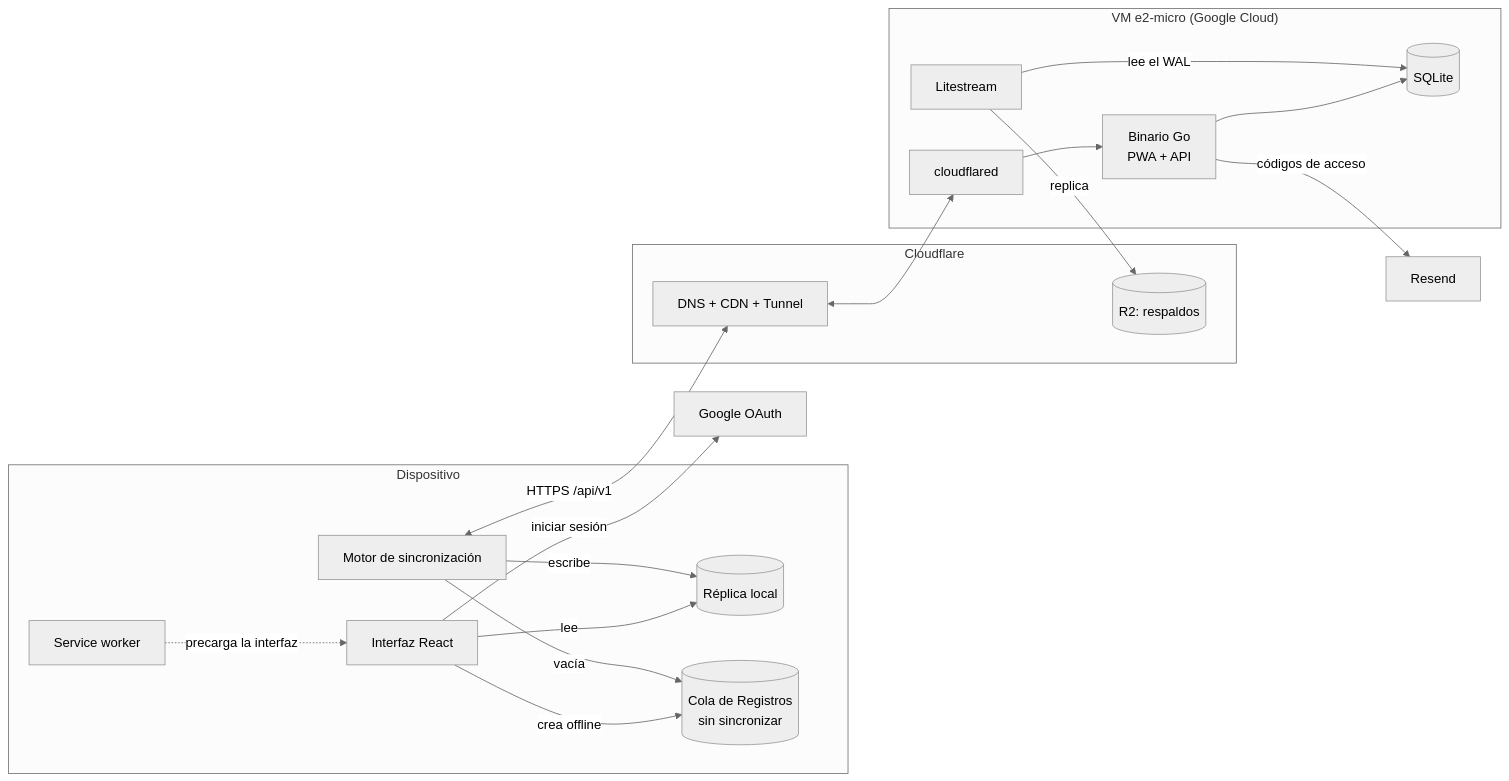
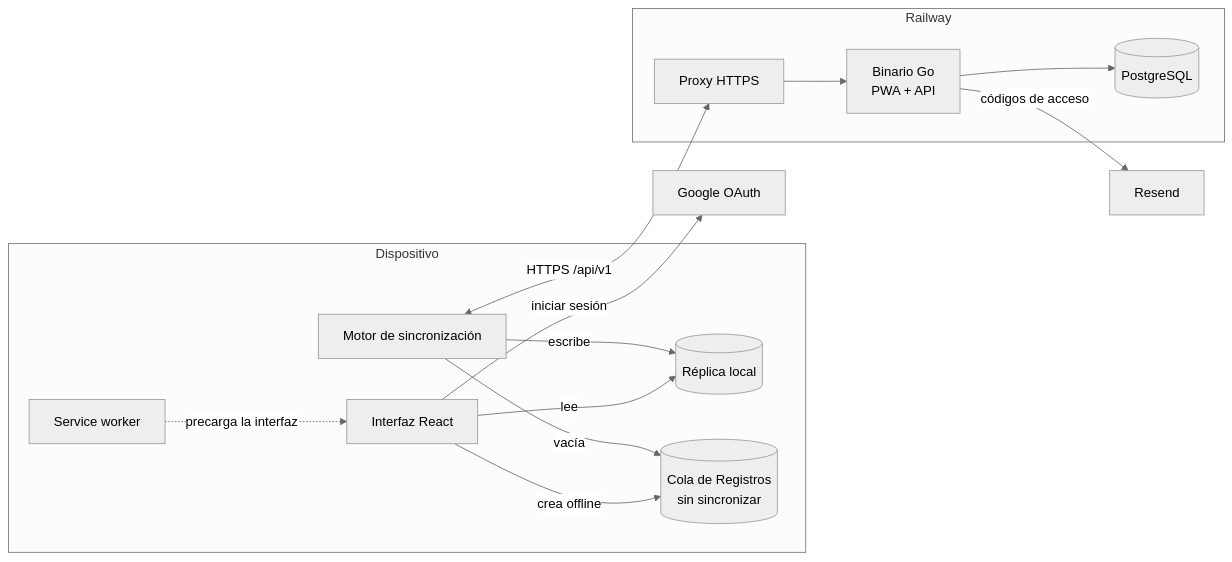
The first of 2 diagrams in docs/arquitectura.md (Aegisystem/Quitsie), drawn with Mermaid (neutral theme) before and after one commit. The commit also changed other lines of this file and 31 other files, not shown here.

````diff
--- a/docs/arquitectura.md
+++ b/docs/arquitectura.md
@@ -9,24 +9,17 @@
 ```mermaid
 flowchart LR
   subgraph Dispositivo
     UI[Interfaz React] -->|lee| Replica[(Réplica local)]
     UI -->|crea offline| Cola[(Cola de Registros<br/>sin sincronizar)]
     Motor[Motor de sincronización] -->|escribe| Replica
     Motor -->|vacía| Cola
     SW[Service worker] -.->|precarga la interfaz| UI
   end
-  subgraph Cloudflare
-    Borde[DNS + CDN + Tunnel]
-    R2[(R2: respaldos)]
+  subgraph Railway
+    Proxy[Proxy HTTPS] --> Bin[Binario Go<br/>PWA + API]
+    Bin --> DB[(PostgreSQL)]
   end
-  subgraph VM["VM e2-micro (Google Cloud)"]
-    CFD[cloudflared] --> Bin[Binario Go<br/>PWA + API]
-    Bin --> DB[(SQLite)]
-    LS[Litestream] -->|lee el WAL| DB
-  end
-  Motor <-->|HTTPS /api/v1| Borde
-  Borde <--> CFD
-  LS -->|replica| R2
+  Motor <-->|HTTPS /api/v1| Proxy
   Bin -->|códigos de acceso| Resend[Resend]
   UI -->|iniciar sesión| Google[Google OAuth]
 ```
````
